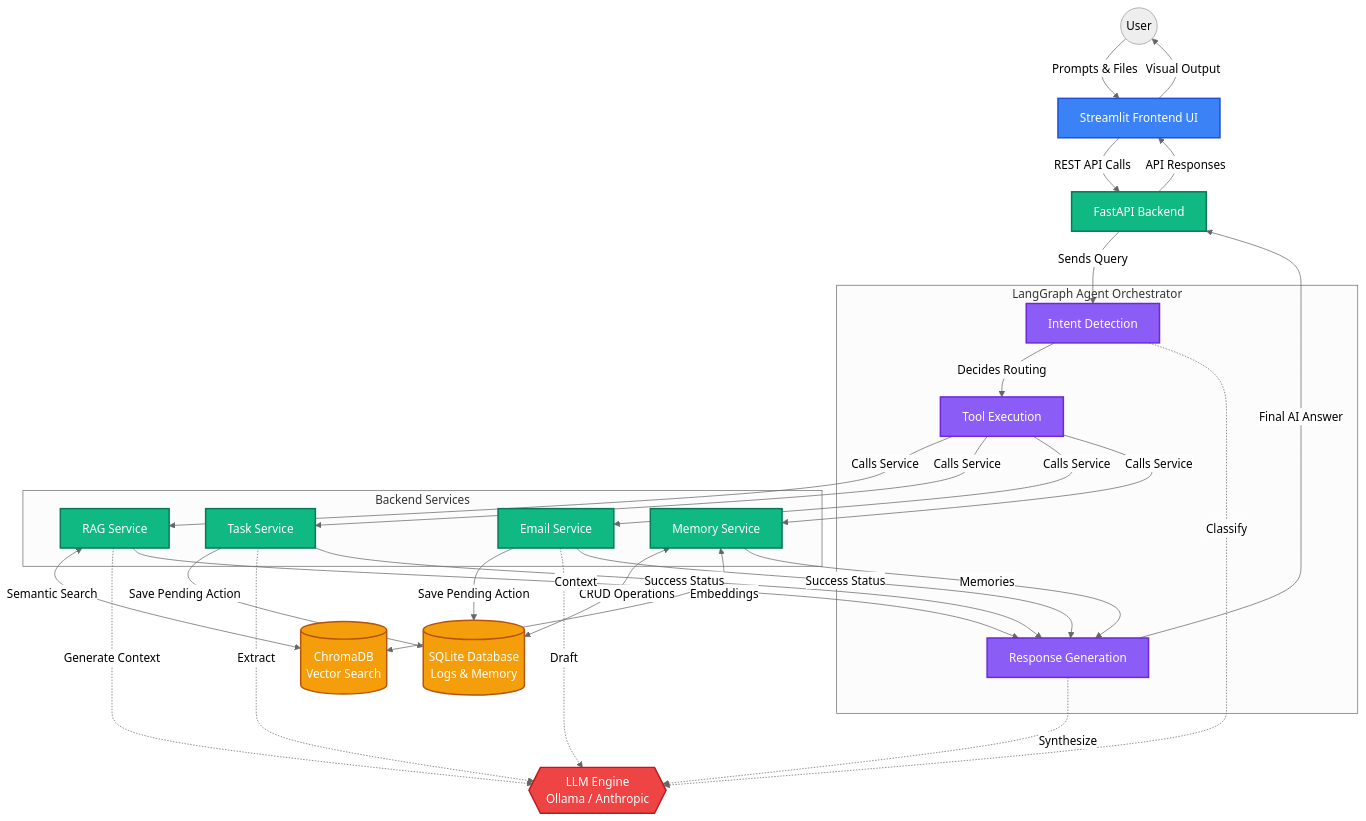
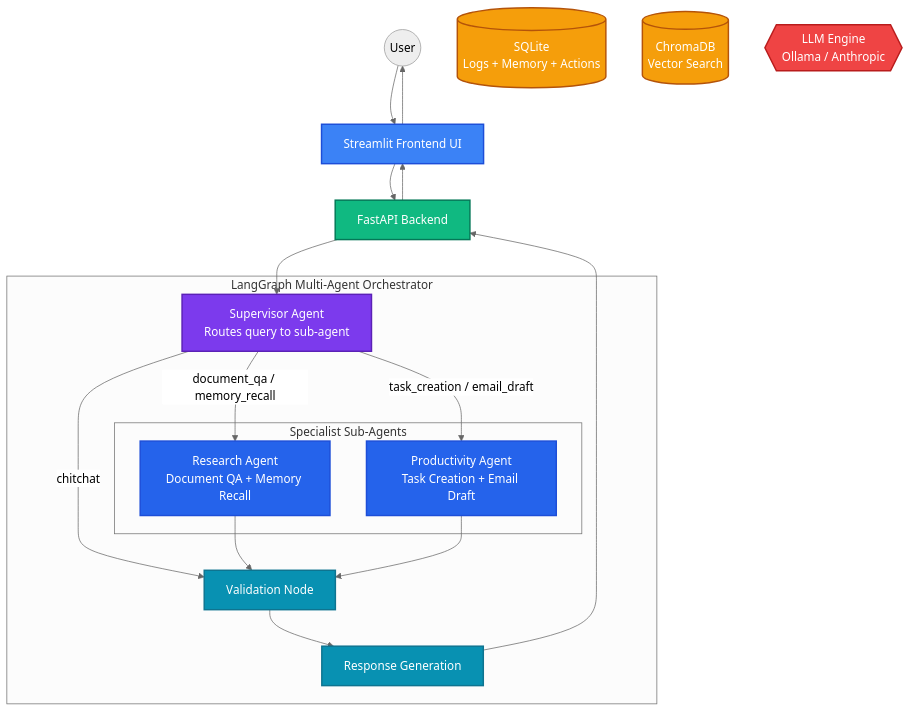
One commit to satwinder-kaur11/ai_assistant_workspace changed the first of 2 diagrams in workmate/README.md. Above: the diagram before and after it, drawn with Mermaid (neutral theme). The commit also changed other lines of this file, not shown here.

Commit message:
docs: update README.md diagrams to reflect multi-agent architecture

````diff
--- a/workmate/README.md
+++ b/workmate/README.md
@@ -8,69 +10,40 @@
 ```mermaid
 graph TD
-    %% Define Styles
-    classDef frontend fill:#3b82f6,stroke:#1d4ed8,stroke-width:2px,color:#fff
-    classDef backend fill:#10b981,stroke:#047857,stroke-width:2px,color:#fff
-    classDef agent fill:#8b5cf6,stroke:#6d28d9,stroke-width:2px,color:#fff
-    classDef db fill:#f59e0b,stroke:#b45309,stroke-width:2px,color:#fff
-    classDef llm fill:#ef4444,stroke:#b91c1c,stroke-width:2px,color:#fff
+    classDef frontend  fill:#3b82f6,stroke:#1d4ed8,stroke-width:2px,color:#fff
+    classDef backend   fill:#10b981,stroke:#047857,stroke-width:2px,color:#fff
+    classDef super     fill:#7c3aed,stroke:#5b21b6,stroke-width:2px,color:#fff
+    classDef agent     fill:#2563eb,stroke:#1d4ed8,stroke-width:2px,color:#fff
+    classDef shared    fill:#0891b2,stroke:#0e7490,stroke-width:2px,color:#fff
+    classDef db        fill:#f59e0b,stroke:#b45309,stroke-width:2px,color:#fff
+    classDef llm       fill:#ef4444,stroke:#b91c1c,stroke-width:2px,color:#fff
 
-    %% Components
     User((User))
     UI[Streamlit Frontend UI]:::frontend
     API[FastAPI Backend]:::backend
-    
-    %% LangGraph Orchestrator
-    subgraph "LangGraph Agent Orchestrator"
-        Intent[Intent Detection]:::agent
-        Execution[Tool Execution]:::agent
-        Response[Response Generation]:::agent
+
+    subgraph "LangGraph Multi-Agent Orchestrator"
+        SUP[Supervisor Agent\nRoutes query to sub-agent]:::super
+
+        subgraph "Specialist Sub-Agents"
+            RA[Research Agent\nDocument QA + Memory Recall]:::agent
+            PA[Productivity Agent\nTask Creation + Email Draft]:::agent
+        end
+
+        VAL[Validation Node]:::shared
+        RES[Response Generation]:::shared
     end
-    
-    %% Services
-    subgraph "Backend Services"
-        RAG[RAG Service]:::backend
-        TaskServ[Task Service]:::backend
-        EmailServ[Email Service]:::backend
-        MemServ[Memory Service]:::backend
-    end
-    
-    %% Data & Models
-    SQLite[(SQLite Database\nLogs & Memory)]:::db
+
+    SQLite[(SQLite\nLogs + Memory + Actions)]:::db
     Chroma[(ChromaDB\nVector Search)]:::db
     LLM{{LLM Engine\nOllama / Anthropic}}:::llm
 
-    %% Forward Connections
-    User -->|Prompts & Files| UI
-    UI -->|REST API Calls| API
-    
-    API -->|Sends Query| Intent
-    Intent -->|Decides Routing| Execution
-    Execution -->|Calls Service| RAG
-    Execution -->|Calls Service| TaskServ
-    Execution -->|Calls Service| EmailServ
-    Execution -->|Calls Service| MemServ
-    
-    %% Service DB interactions
-    RAG <-->|Semantic Search| Chroma
-    MemServ <-->|CRUD Operations| SQLite
-    TaskServ -->|Save Pending Action| SQLite
-    EmailServ -->|Save Pending Action| SQLite
-    MemServ <-->|Embeddings| Chroma
-    
-    %% LLM Interactions
-    RAG -.->|Generate Context| LLM
-    TaskServ -.->|Extract| LLM
-    EmailServ -.->|Draft| LLM
-    Intent -.->|Classify| LLM
-    Response -.->|Synthesize| LLM
-    
-    %% Return flow back up to User
-    RAG -->|Context| Response
-    MemServ -->|Memories| Response
-    TaskServ -->|Success Status| Response
-    EmailServ -->|Success Status| Response
-    
-    Response -->|Final AI Answer| API
-    API -->|API Responses| UI
-    UI -->|Visual Output| User
+    User --> UI --> API --> SUP
+    SUP -->|document_qa / memory_recall| RA
+    SUP -->|task_creation / email_draft| PA
+    SUP -->|chitchat| VAL
+
+    RA --> VAL
+    PA --> VAL
+    VAL --> RES
+    RES --> API --> UI --> User
 ```
````
